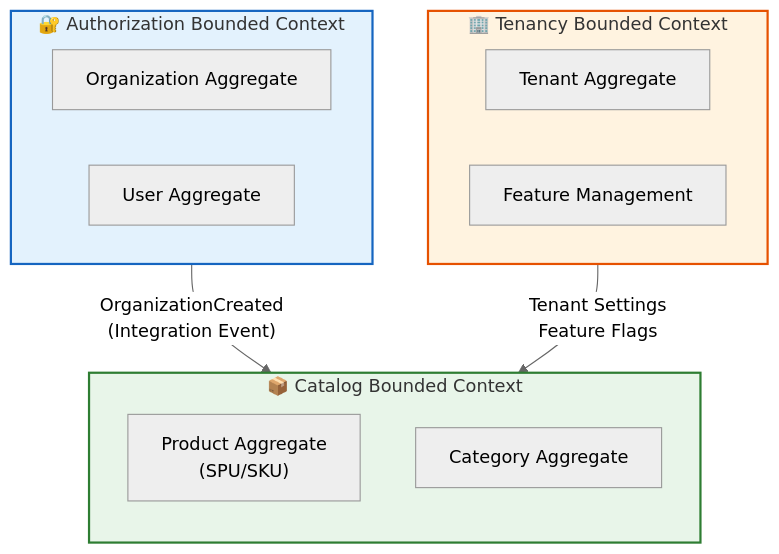
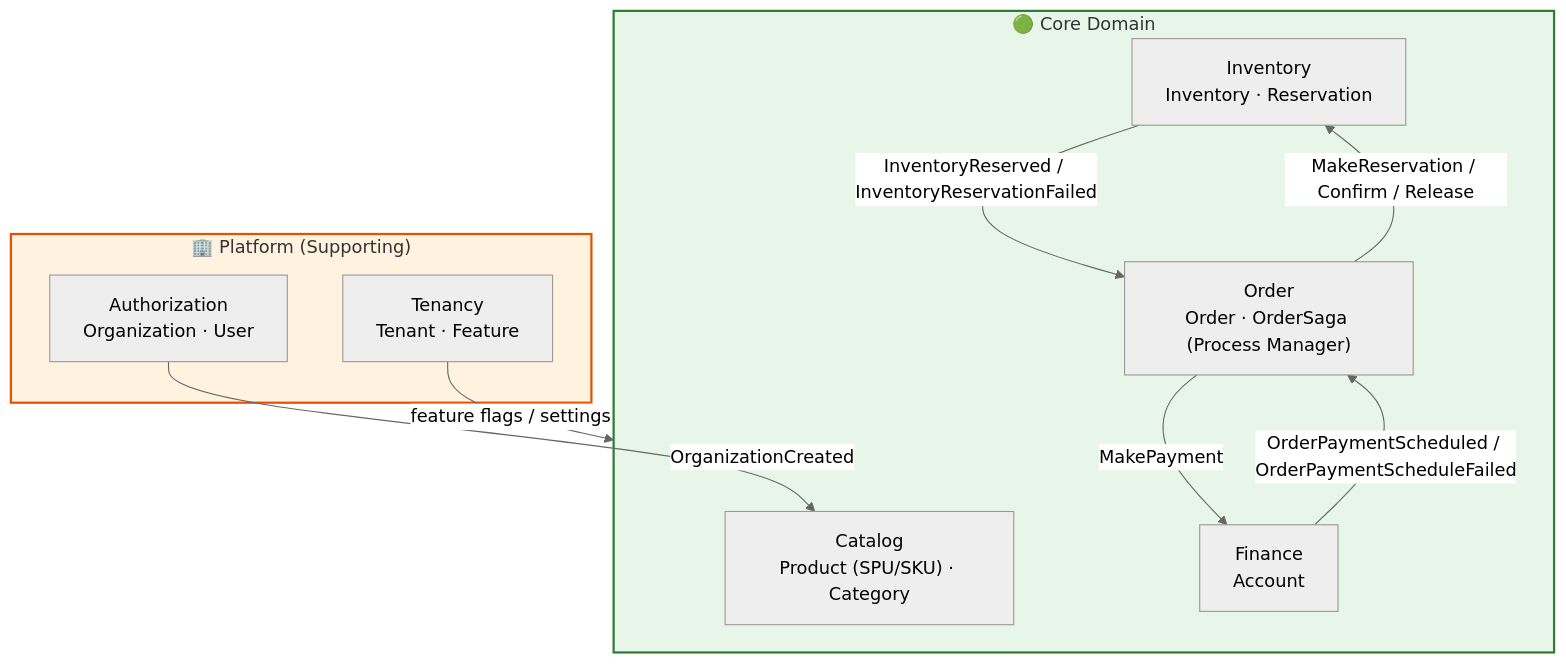
The diagram in README.md (mnnam1302/EShop), drawn with Mermaid (neutral theme) before and after one commit. The commit also changed other lines of this file and 105 other files, not shown here.

First line of the commit message:
[EShop-2606] Introduce Finance service + Place-Order saga payment step (#71)

````diff
--- a/README.md
+++ b/README.md
@@ -121,25 +127,23 @@
 ```mermaid
 graph TB
-    subgraph Catalog["📦 Catalog Bounded Context"]
-        direction TB
-        PA["Product Aggregate<br/>(SPU/SKU)"]
-        CA["Category Aggregate"]
+    subgraph Platform["🏢 Platform (Supporting)"]
+        TEN["Tenancy<br/>Tenant · Feature"]
+        AUTH["Authorization<br/>Organization · User"]
+    end
+    subgraph Core["🟢 Core Domain"]
+        CAT["Catalog<br/>Product (SPU/SKU) · Category"]
+        INV["Inventory<br/>Inventory · Reservation"]
+        ORD["Order<br/>Order · OrderSaga (Process Manager)"]
+        FIN["Finance<br/>Account"]
     end
 
-    subgraph Authorization["🔐 Authorization Bounded Context"]
-        OA["Organization Aggregate"]
-        UA["User Aggregate"]
-    end
+    AUTH -->|"OrganizationCreated"| CAT
+    TEN -->|"feature flags / settings"| Core
+    ORD -->|"MakeReservation / Confirm / Release"| INV
+    INV -->|"InventoryReserved / InventoryReservationFailed"| ORD
+    ORD -->|"MakePayment"| FIN
+    FIN -->|"OrderPaymentScheduled / OrderPaymentScheduleFailed"| ORD
 
-    subgraph Tenancy["🏢 Tenancy Bounded Context"]
-        TA["Tenant Aggregate"]
-        FA["Feature Management"]
-    end
-
-    Authorization -->|"OrganizationCreated<br/>(Integration Event)"| Catalog
-    Tenancy -->|"Tenant Settings<br/>Feature Flags"| Catalog
-
-    style Catalog fill:#e8f5e9,stroke:#2e7d32,stroke-width:2px
-    style Authorization fill:#e3f2fd,stroke:#1565c0,stroke-width:2px
-    style Tenancy fill:#fff3e0,stroke:#e65100,stroke-width:2px
+    style Platform fill:#fff3e0,stroke:#e65100,stroke-width:2px
+    style Core fill:#e8f5e9,stroke:#2e7d32,stroke-width:2px
 ```
````
